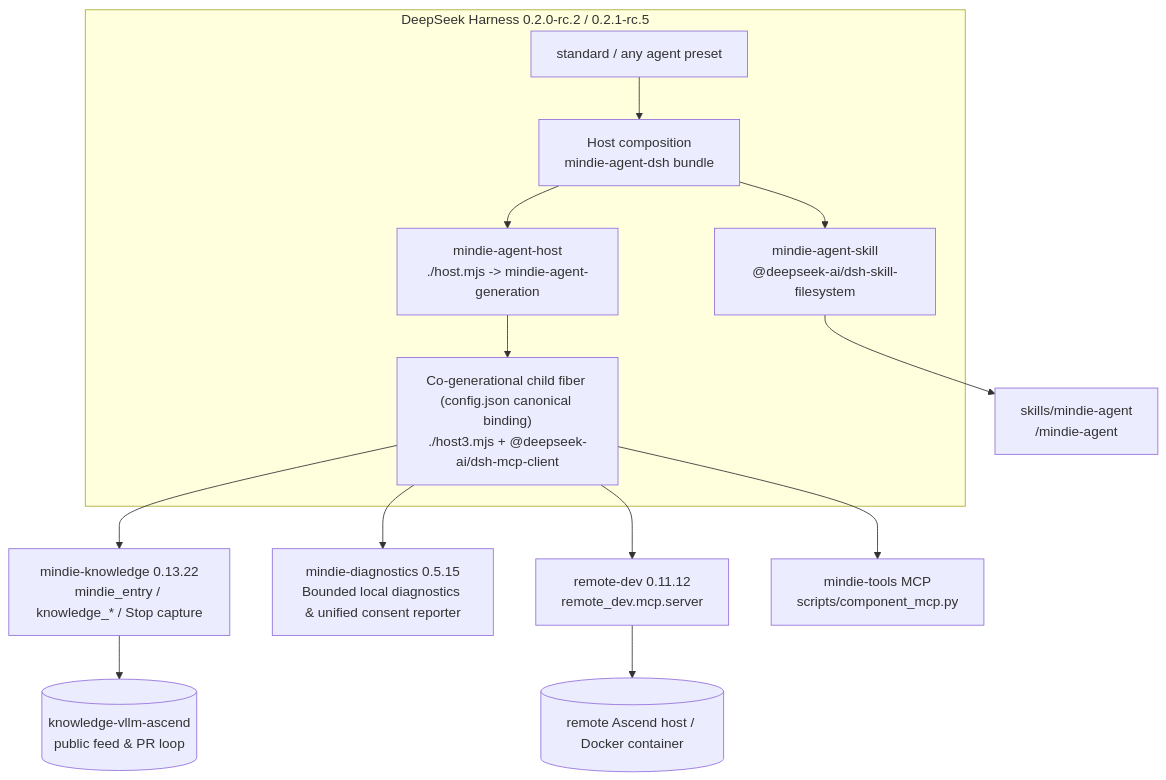
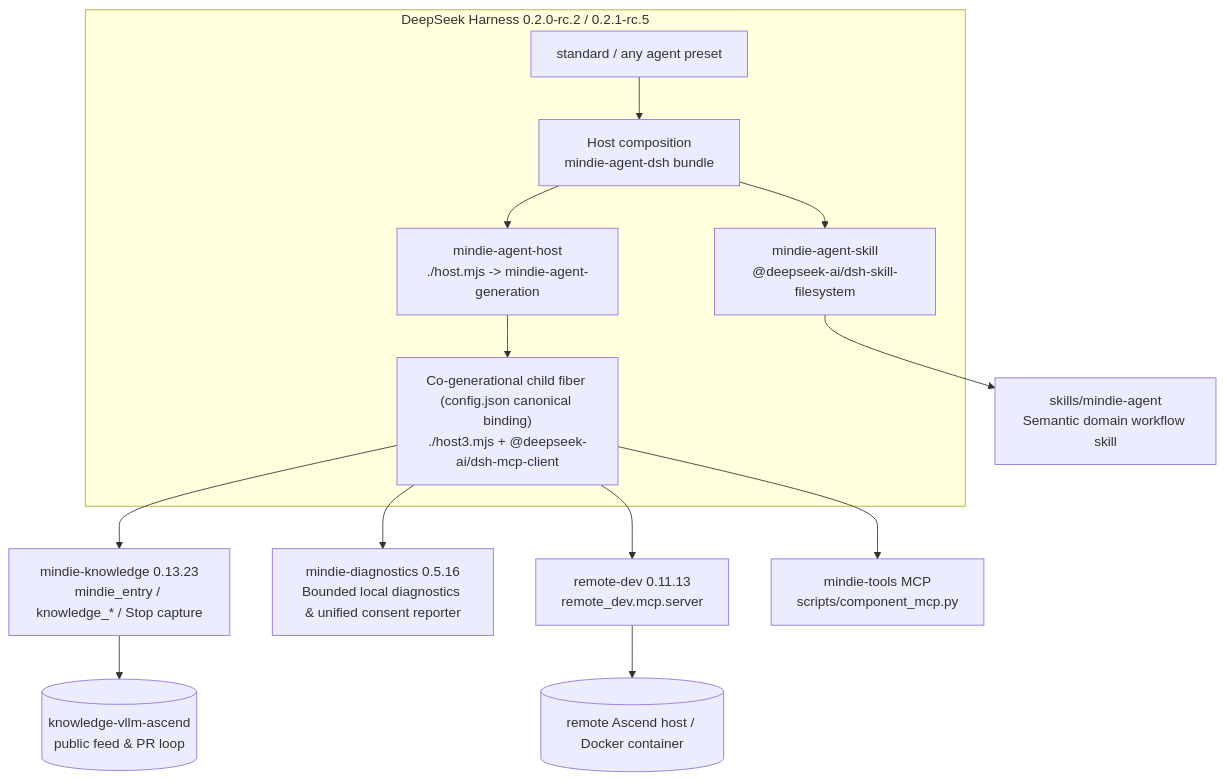
One commit to mindie-agent/mindie-agent-dsh changed the diagram in README.en.md. Above: the diagram before and after it, drawn with Mermaid. The commit also changed other lines of this file and 38 other files, not shown here.

First line of the commit message:
feat(dsh): enable default-on knowledge tools and silent Stop capture (0.1.25) (#55)

````diff
--- a/README.en.md
+++ b/README.en.md
@@ -168,21 +168,21 @@
 ```mermaid
 flowchart TB
   subgraph DSH["DeepSeek Harness 0.2.0-rc.2 / 0.2.1-rc.5"]
     HOST["Host composition<br/>mindie-agent-dsh bundle"]
     STD["standard / any agent preset"]
     SKILL["mindie-agent-skill<br/>@deepseek-ai/dsh-skill-filesystem"]
     HPLUG["mindie-agent-host<br/>./host.mjs -> mindie-agent-generation"]
     GEN["Co-generational child fiber (config.json canonical binding)<br/>./host3.mjs + @deepseek-ai/dsh-mcp-client"]
     STD --> HOST
     HOST --> SKILL
     HOST --> HPLUG
     HPLUG --> GEN
   end
-  SKILL --> SK["skills/mindie-agent<br/>/mindie-agent"]
-  GEN --> KS["mindie-knowledge 0.13.22<br/>mindie_entry / knowledge_* / Stop capture"]
-  GEN --> DIAG["mindie-diagnostics 0.5.15<br/>Bounded local diagnostics & unified consent reporter"]
+  SKILL --> SK["skills/mindie-agent<br/>Semantic domain workflow skill"]
+  GEN --> KS["mindie-knowledge 0.13.23<br/>mindie_entry / knowledge_* / Stop capture"]
+  GEN --> DIAG["mindie-diagnostics 0.5.16<br/>Bounded local diagnostics & unified consent reporter"]
   KS --> FEED[("knowledge-vllm-ascend<br/>public feed & PR loop")]
-  GEN --> RD["remote-dev 0.11.12<br/>remote_dev.mcp.server"]
+  GEN --> RD["remote-dev 0.11.13<br/>remote_dev.mcp.server"]
   GEN --> MT["mindie-tools MCP<br/>scripts/component_mcp.py"]
   RD --> NPU[("remote Ascend host / Docker container")]
 ```
````
